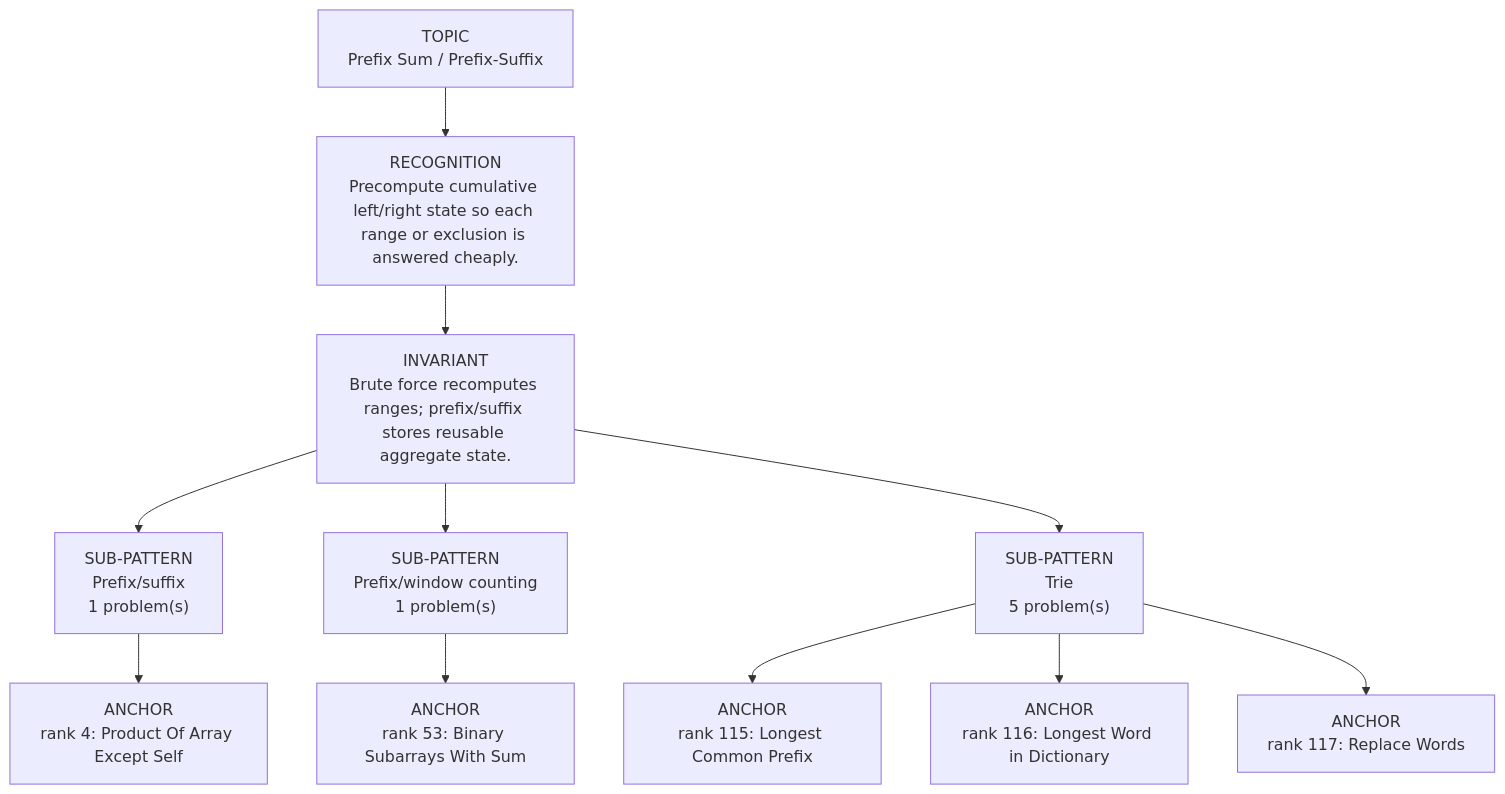
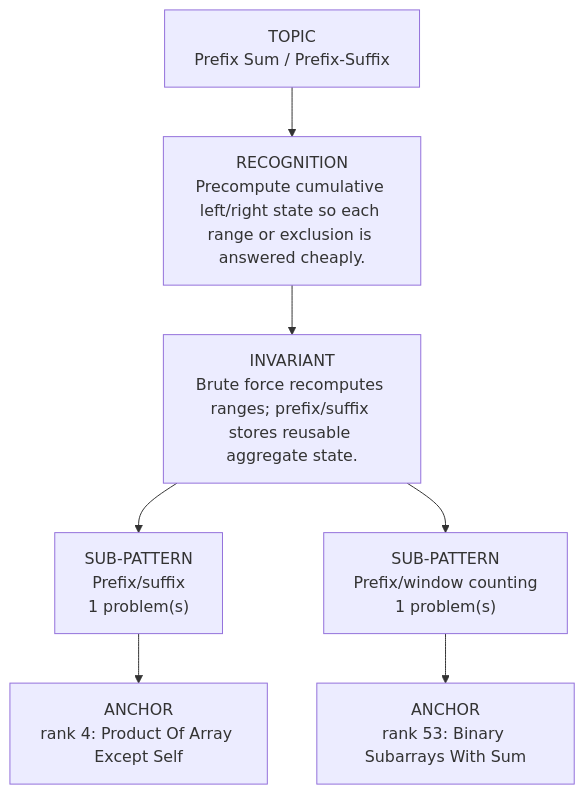
The diagram in dsa-review/interview/patterns/04_prefix_suffix.md (thechiranjeevjain/DSA10days), drawn with Mermaid before and after one commit. The commit also changed other lines of this file and 28 other files, not shown here.

````diff
--- a/dsa-review/interview/patterns/04_prefix_suffix.md
+++ b/dsa-review/interview/patterns/04_prefix_suffix.md
@@ -15,15 +15,11 @@
 ```mermaid
 flowchart TD
   Topic["TOPIC<br/>Prefix Sum / Prefix-Suffix"]
   Recognition["RECOGNITION<br/>Precompute cumulative left/right state so each range or exclusion is answered cheaply."]
   Invariant["INVARIANT<br/>Brute force recomputes ranges; prefix/suffix stores reusable aggregate state."]
   Topic --> Recognition --> Invariant
   Invariant --> Sub01["SUB-PATTERN<br/>Prefix/suffix<br/>1 problem(s)"]
   Sub01 --> Sub01A01["ANCHOR<br/>rank 4: Product Of Array Except Self"]
   Invariant --> Sub02["SUB-PATTERN<br/>Prefix/window counting<br/>1 problem(s)"]
   Sub02 --> Sub02A01["ANCHOR<br/>rank 53: Binary Subarrays With Sum"]
-  Invariant --> Sub03["SUB-PATTERN<br/>Trie<br/>5 problem(s)"]
-  Sub03 --> Sub03A01["ANCHOR<br/>rank 115: Longest Common Prefix"]
-  Sub03 --> Sub03A02["ANCHOR<br/>rank 116: Longest Word in Dictionary"]
-  Sub03 --> Sub03A03["ANCHOR<br/>rank 117: Replace Words"]
 ```
````
